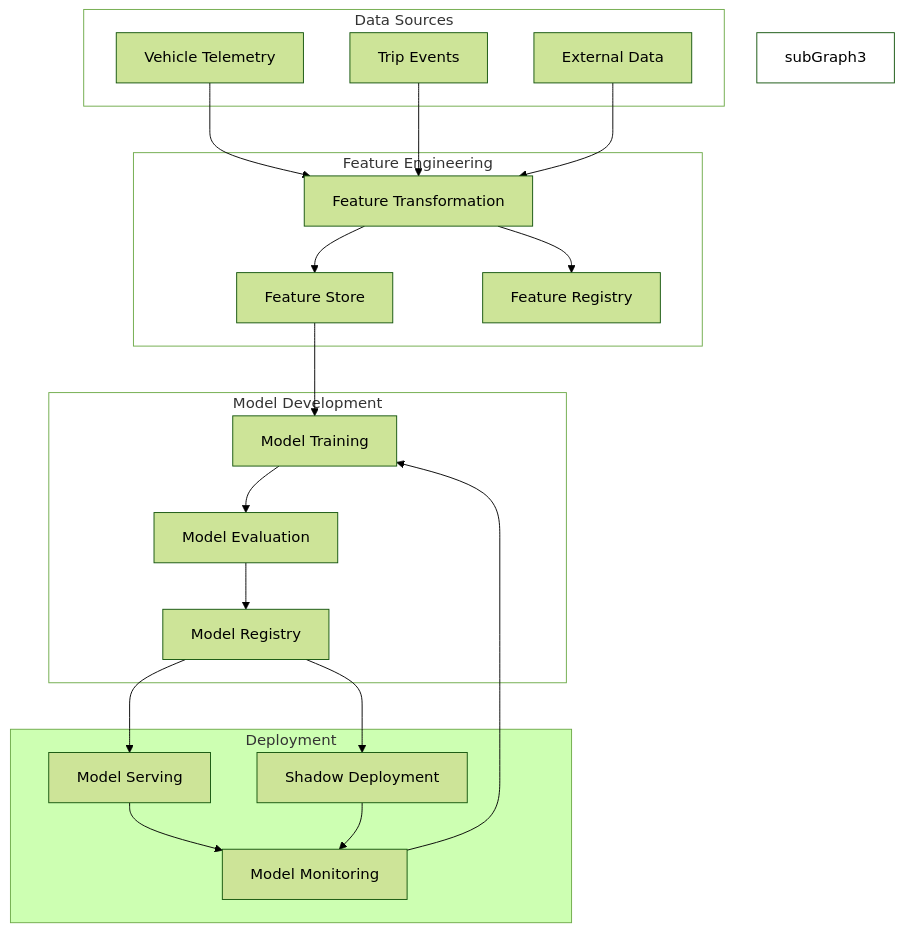
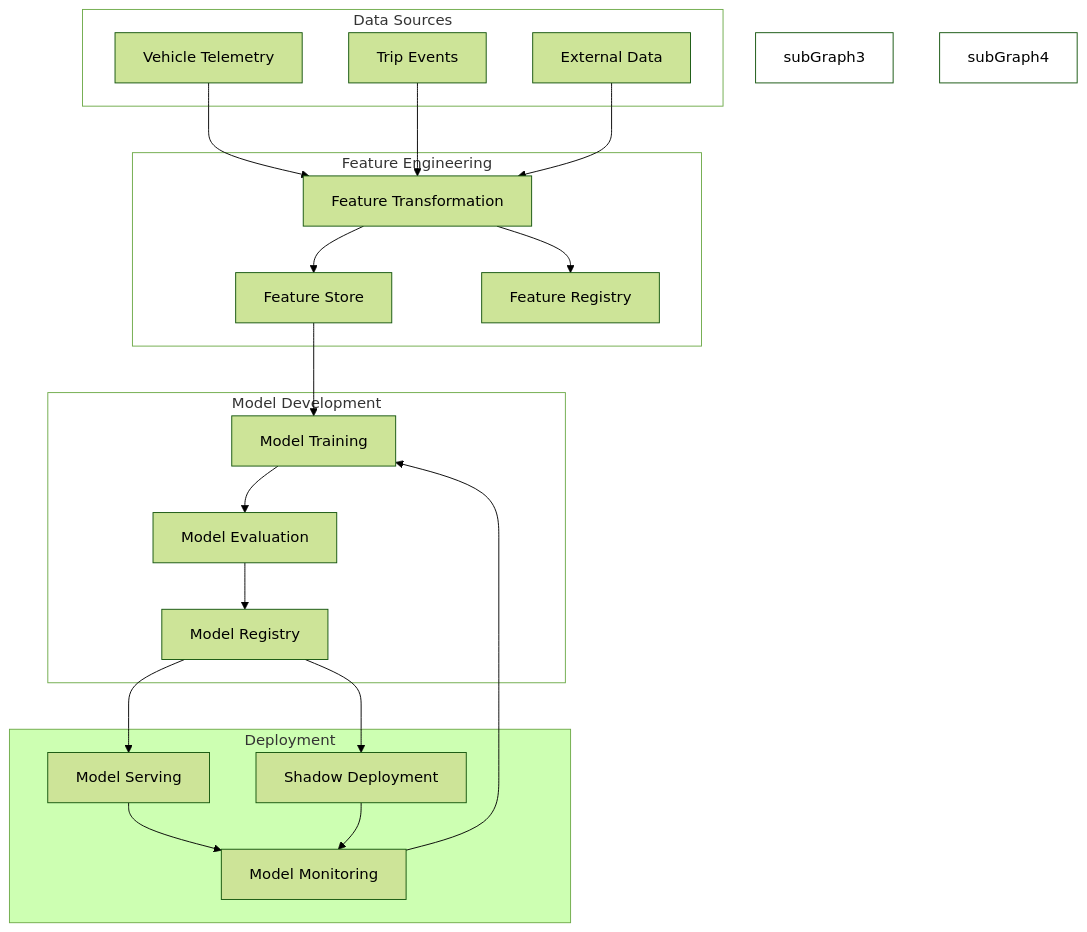
One commit to suprachakra/AtlasMesh-Fleet-OS changed the fourth of 4 diagrams in docs/Technical/04_Data_and_Analytics_Integration.md. Above: the diagram before and after it, drawn with Mermaid (forest theme). The commit also changed other lines of this file, not shown here.

````diff
--- a/docs/Technical/04_Data_and_Analytics_Integration.md
+++ b/docs/Technical/04_Data_and_Analytics_Integration.md
@@ -593,50 +593,51 @@
 ```mermaid
 flowchart TD
     subgraph "Data Sources"
         Telemetry[Vehicle Telemetry]
         Events[Trip Events]
         External[External Data]
     end
     
     subgraph "Feature Engineering"
         FeatureTransformation[Feature Transformation]
         FeatureStore[Feature Store]
         FeatureRegistry[Feature Registry]
     end
     
     subgraph "Model Development"
         Training[Model Training]
         Evaluation[Model Evaluation]
         Registry[Model Registry]
     end
     
     subgraph "Deployment"
         Serving[Model Serving]
         Monitoring[Model Monitoring]
         Shadow[Shadow Deployment]
     end
     
     Telemetry --> FeatureTransformation
     Events --> FeatureTransformation
     External --> FeatureTransformation
     
     FeatureTransformation --> FeatureStore
     FeatureTransformation --> FeatureRegistry
     
     FeatureStore --> Training
     Training --> Evaluation
     Evaluation --> Registry
     
     Registry --> Serving
     Registry --> Shadow
     
     Serving --> Monitoring
     Shadow --> Monitoring
     
     Monitoring --> Training
 
     style subGraph0 fill:transparent
     style subGraph1 fill:transparent
     style subGraph2 fill:transparent
     style subGraph3 fill:transparent   
+    style subGraph4 fill:transparent   
 ```
````
